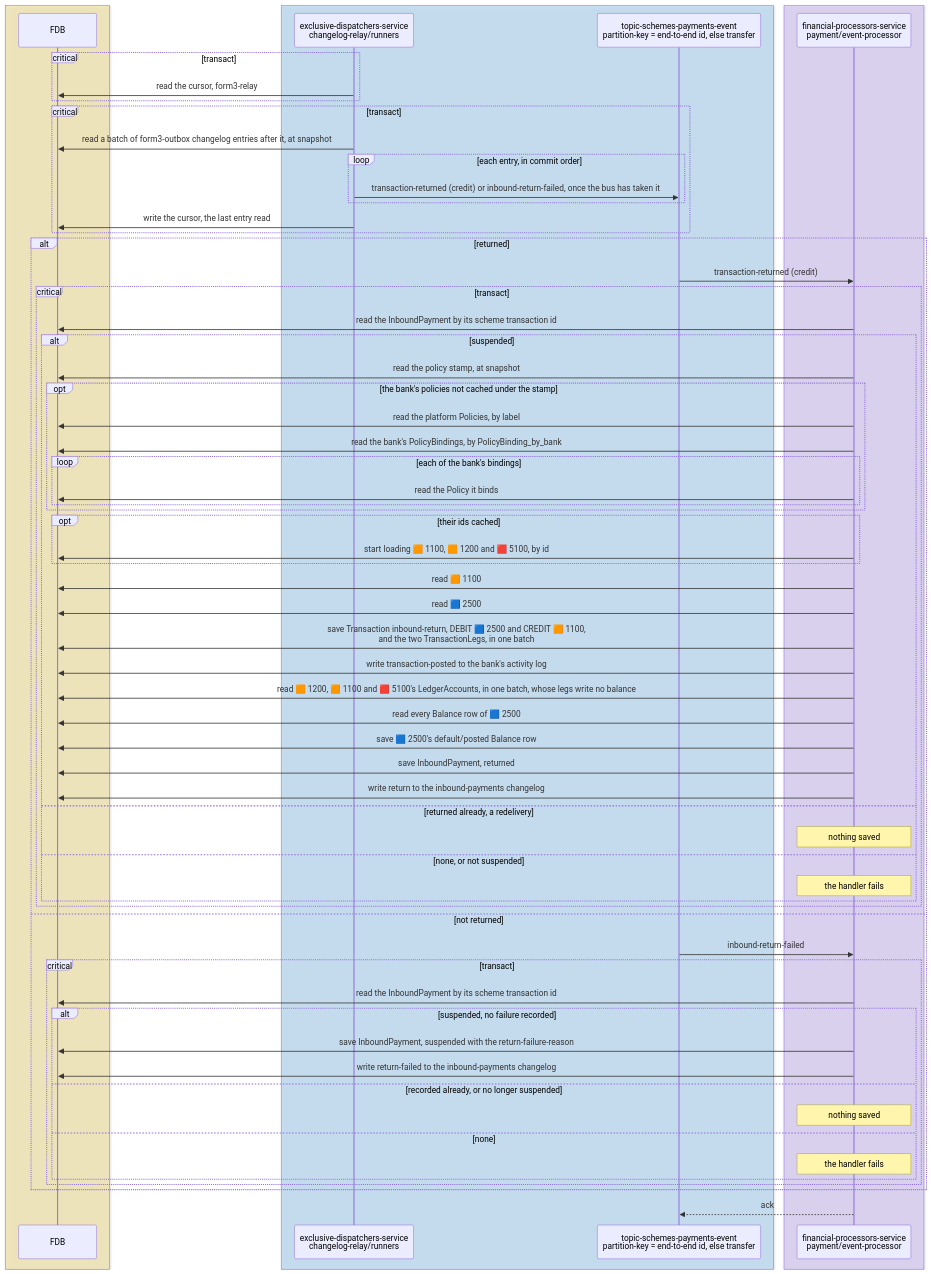
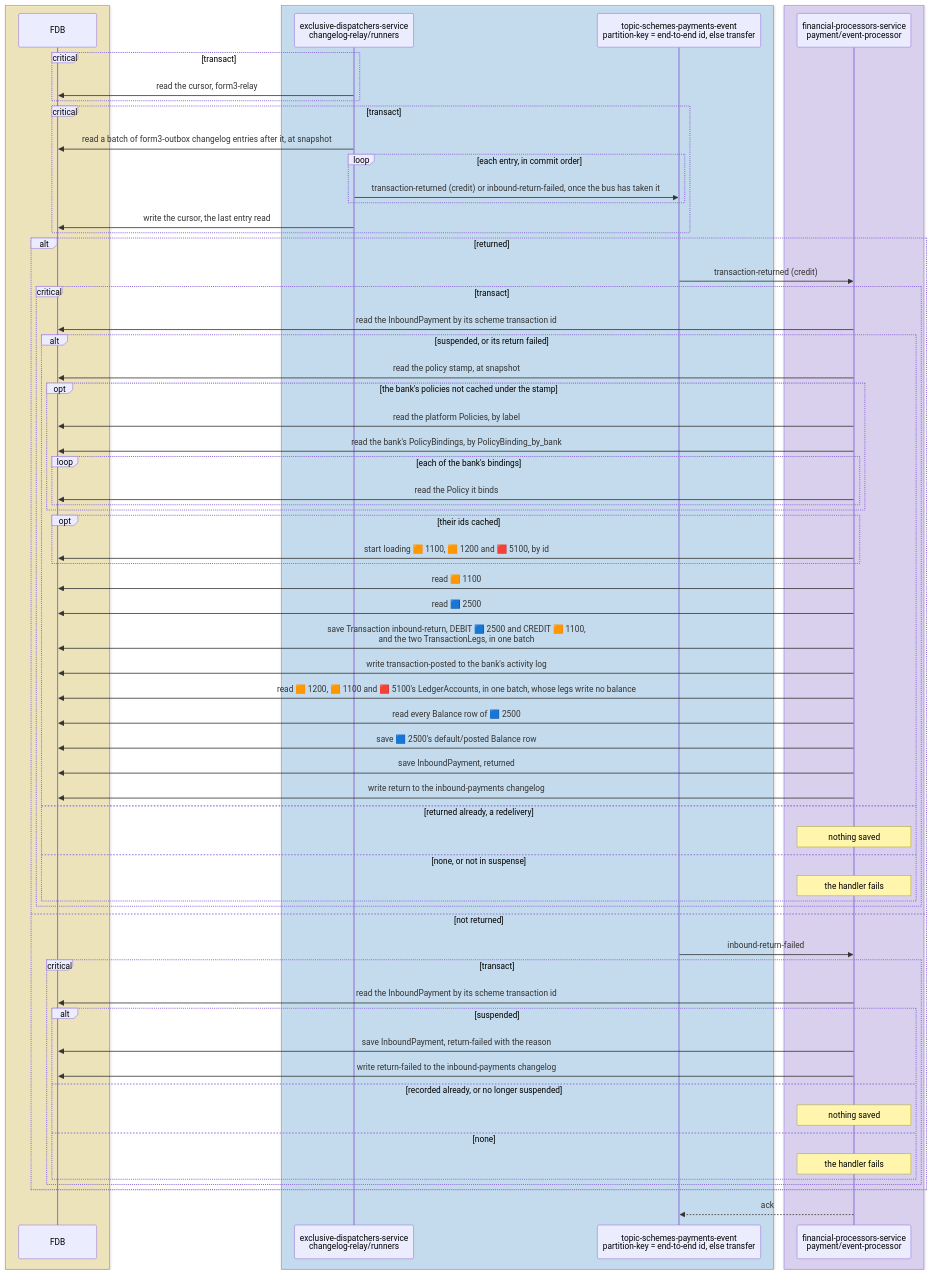
One commit to repldriven/queenswood changed diagram 15 of 15 in docs/tdd/payments-inbound.md. Above: the diagram before and after it, drawn with Mermaid. The commit also changed other lines of this file and 1030 other files, not shown here.

````diff
--- a/docs/tdd/payments-inbound.md
+++ b/docs/tdd/payments-inbound.md
@@ -853,69 +856,69 @@
 ```mermaid
 sequenceDiagram
     box rgba(255, 236, 153, 0.5)
     participant DB as FDB
     end
     box rgba(165, 216, 255, 0.45)
     participant OR as exclusive-dispatchers-service<br/>changelog-relay/runners
     participant SE as topic-schemes-payments-event<br/>partition-key = end-to-end id, else transfer
     end
     box rgba(208, 191, 255, 0.45)
     participant PE as financial-processors-service<br/>payment/event-processor
     end
     critical transact
     OR->>DB: read the cursor, form3-relay
     end
     critical transact
     OR->>DB: read a batch of form3-outbox changelog entries after it, at snapshot
     loop each entry, in commit order
     OR->>SE: transaction-returned (credit) or inbound-return-failed, once the bus has taken it
     end
     OR->>DB: write the cursor, the last entry read
     end
     alt returned
     SE->>PE: transaction-returned (credit)
     critical transact
     PE->>DB: read the InboundPayment by its scheme transaction id
-    alt suspended
+    alt suspended, or its return failed
     PE->>DB: read the policy stamp, at snapshot
     opt the bank's policies not cached under the stamp
     PE->>DB: read the platform Policies, by label
     PE->>DB: read the bank's PolicyBindings, by PolicyBinding_by_bank
     loop each of the bank's bindings
     PE->>DB: read the Policy it binds
     end
     end
     opt their ids cached
     PE->>DB: start loading 🟧 1100, 🟧 1200 and 🟥 5100, by id
     end
     PE->>DB: read 🟧 1100
     PE->>DB: read 🟦 2500
     PE->>DB: save Transaction inbound-return, DEBIT 🟦 2500 and CREDIT 🟧 1100,<br/>and the two TransactionLegs, in one batch
     PE->>DB: write transaction-posted to the bank's activity log
     PE->>DB: read 🟧 1200, 🟧 1100 and 🟥 5100's LedgerAccounts, in one batch, whose legs write no balance
     PE->>DB: read every Balance row of 🟦 2500
     PE->>DB: save 🟦 2500's default/posted Balance row
     PE->>DB: save InboundPayment, returned
     PE->>DB: write return to the inbound-payments changelog
     else returned already, a redelivery
     Note over PE: nothing saved
-    else none, or not suspended
+    else none, or not in suspense
     Note over PE: the handler fails
     end
     end
     else not returned
     SE->>PE: inbound-return-failed
     critical transact
     PE->>DB: read the InboundPayment by its scheme transaction id
-    alt suspended, no failure recorded
-    PE->>DB: save InboundPayment, suspended with the return-failure-reason
+    alt suspended
+    PE->>DB: save InboundPayment, return-failed with the reason
     PE->>DB: write return-failed to the inbound-payments changelog
     else recorded already, or no longer suspended
     Note over PE: nothing saved
     else none
     Note over PE: the handler fails
     end
     end
     end
     PE-->>SE: ack
 ```
````
